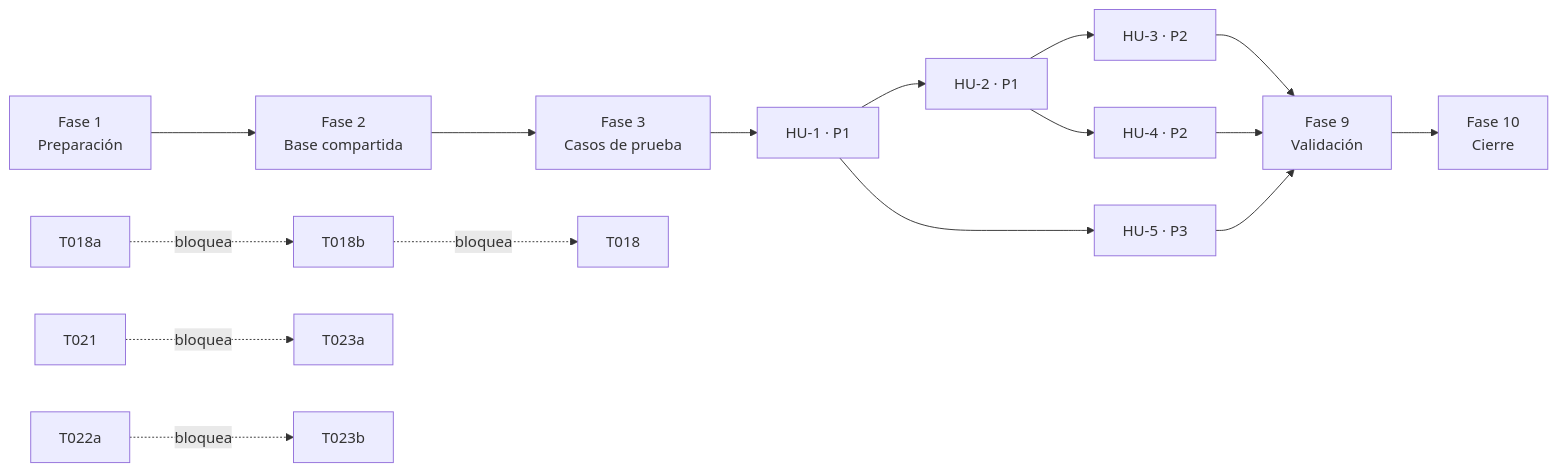
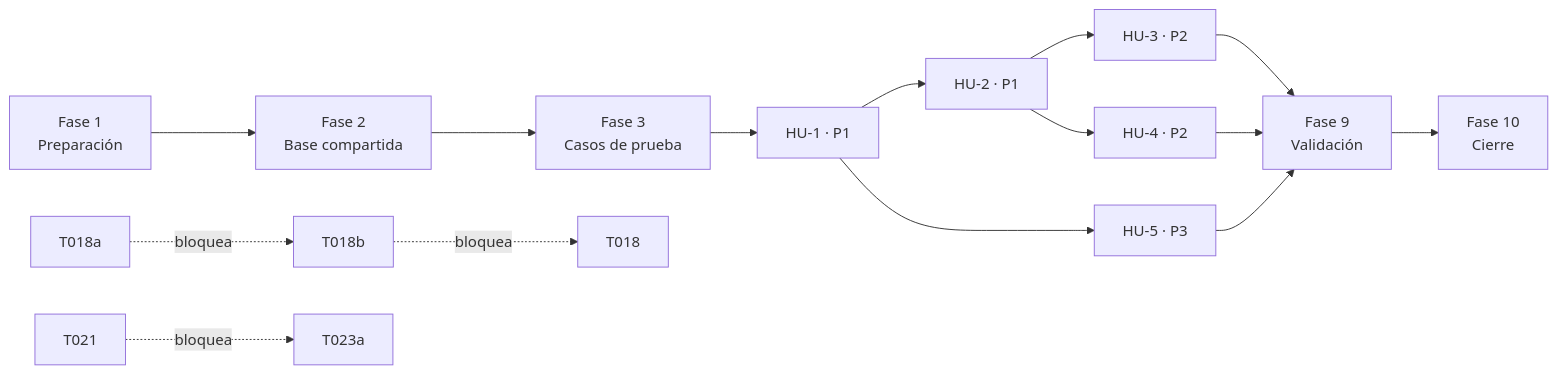
One commit to dmoreno-d10a/VIDA changed the diagram in specs/002-tipos-de-documentacion/tasks.md. Above: the diagram before and after it, drawn with Mermaid. The commit also changed other lines of this file and 7 other files, not shown here.

````diff
--- a/specs/002-tipos-de-documentacion/tasks.md
+++ b/specs/002-tipos-de-documentacion/tasks.md
@@ -366,18 +352,17 @@
 ```mermaid
 flowchart LR
   F1[Fase 1<br/>Preparación] --> F2[Fase 2<br/>Base compartida]
   F2 --> F3[Fase 3<br/>Casos de prueba]
   F3 --> HU1[HU-1 · P1]
   HU1 --> HU2[HU-2 · P1]
   HU2 --> HU3[HU-3 · P2]
   HU2 --> HU4[HU-4 · P2]
   HU1 --> HU5[HU-5 · P3]
   HU3 --> V[Fase 9<br/>Validación]
   HU4 --> V
   HU5 --> V
   V --> C[Fase 10<br/>Cierre]
   T018a -.bloquea.-> T018b
   T018b -.bloquea.-> T018
   T021 -.bloquea.-> T023a
-  T022a -.bloquea.-> T023b
 ```
````
